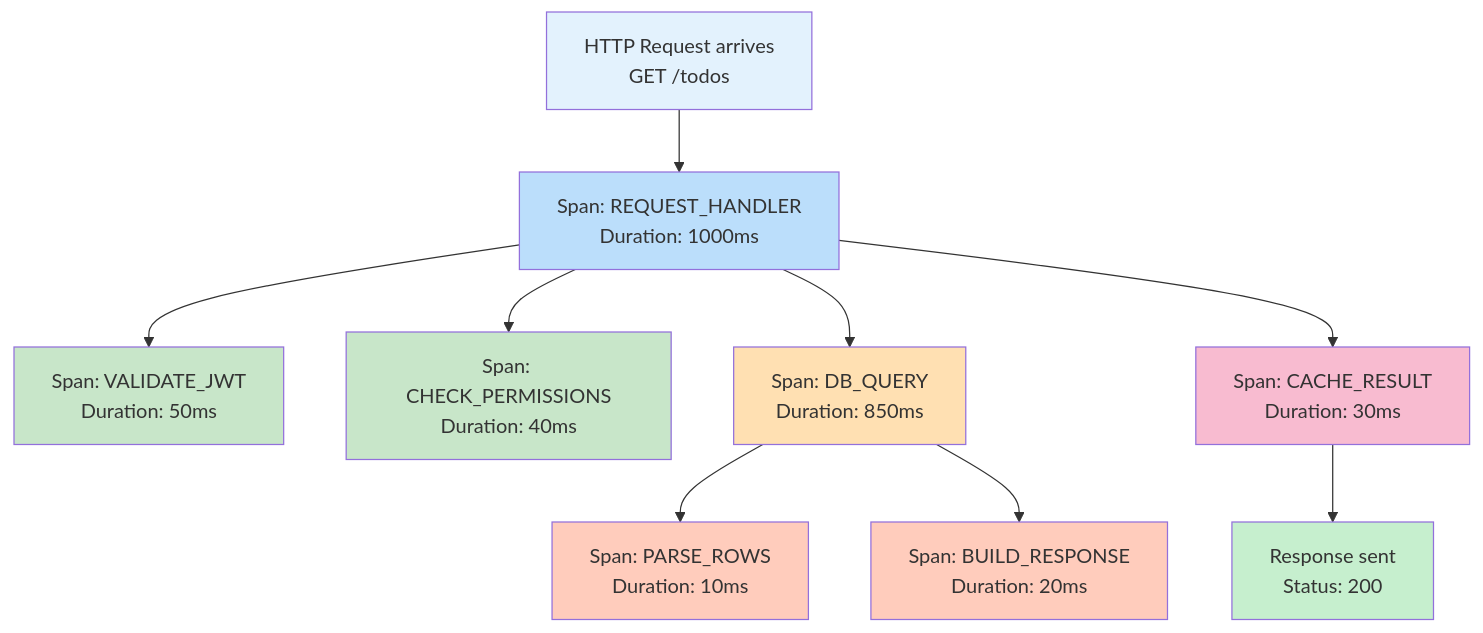
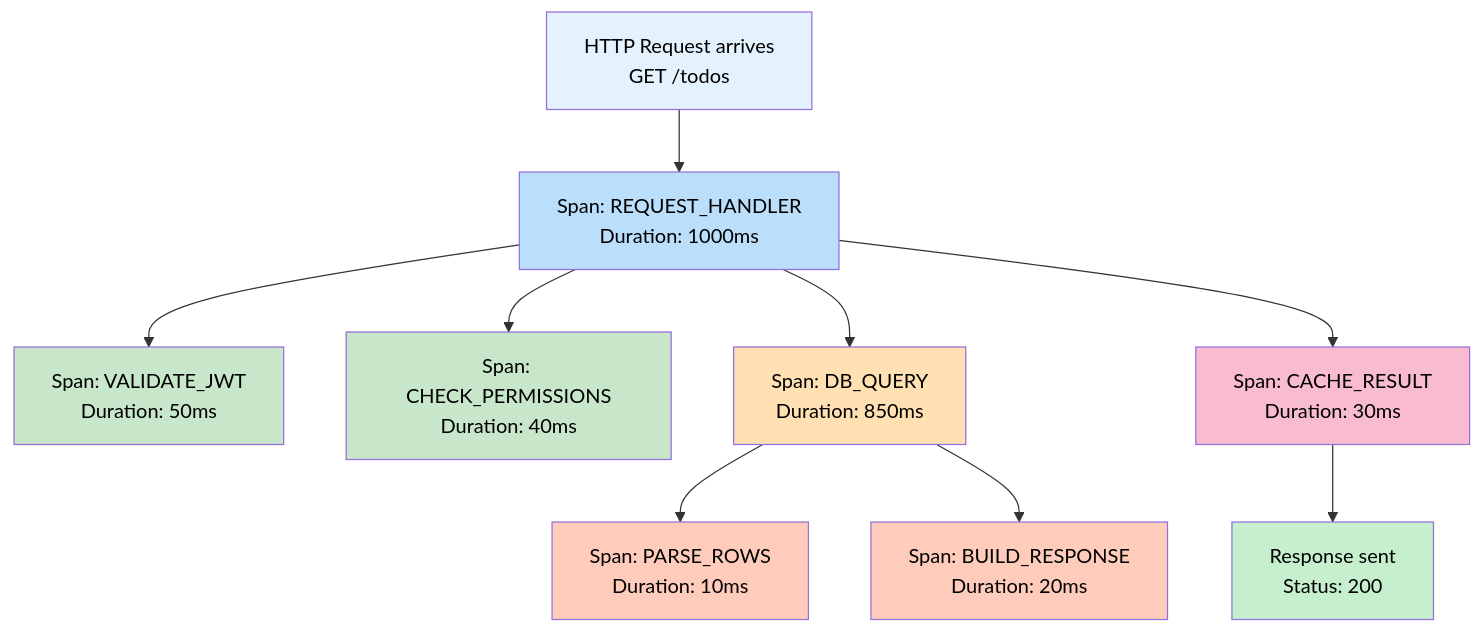
One commit to ahmed-226/Backend-from-first-principles changed the eighth of 12 diagrams in 13.Logging, Monitoring and Observability/README.md. Above: the diagram before and after it, drawn with Mermaid. The commit also changed other lines of this file, not shown here.

````diff
--- a/13.Logging, Monitoring and Observability/README.md
+++ b/13.Logging, Monitoring and Observability/README.md
@@ -506,27 +506,27 @@
 ```mermaid
 graph TB
     Request["HTTP Request arrives<br/>GET /todos"]
 
     Request --> Span1["Span: REQUEST_HANDLER<br/>Duration: 1000ms"]
 
     Span1 --> Span2["Span: VALIDATE_JWT<br/>Duration: 50ms"]
     Span1 --> Span3["Span: CHECK_PERMISSIONS<br/>Duration: 40ms"]
     Span1 --> Span4["Span: DB_QUERY<br/>Duration: 850ms"]
 
     Span4 --> Span4a["Span: PARSE_ROWS<br/>Duration: 10ms"]
     Span4 --> Span4b["Span: BUILD_RESPONSE<br/>Duration: 20ms"]
 
     Span1 --> Span5["Span: CACHE_RESULT<br/>Duration: 30ms"]
 
     Span5 --> Response["Response sent<br/>Status: 200"]
 
-    style Request fill:#e3f2fd
-    style Response fill:#c6efce
-    style Span1 fill:#bbdefb
-    style Span2 fill:#c8e6c9
-    style Span3 fill:#c8e6c9
-    style Span4 fill:#ffe0b2
-    style Span4a fill:#ffccbc
-    style Span4b fill:#ffccbc
-    style Span5 fill:#f8bbd0
+    style Request fill:#e3f2fd,color:#000
+    style Response fill:#c6efce,color:#000
+    style Span1 fill:#bbdefb,color:#000
+    style Span2 fill:#c8e6c9,color:#000
+    style Span3 fill:#c8e6c9,color:#000
+    style Span4 fill:#ffe0b2,color:#000
+    style Span4a fill:#ffccbc,color:#000
+    style Span4b fill:#ffccbc,color:#000
+    style Span5 fill:#f8bbd0,color:#000
 ```
````
